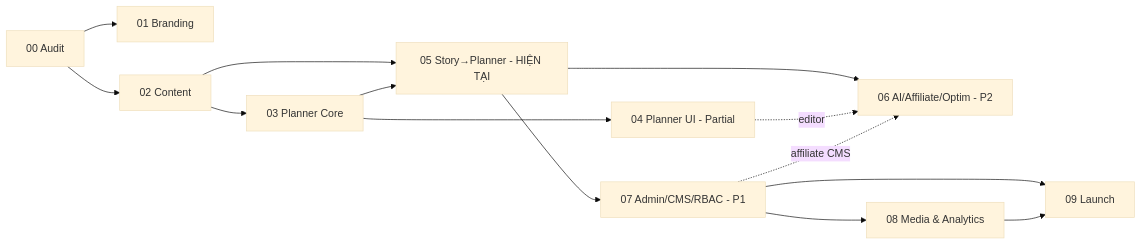
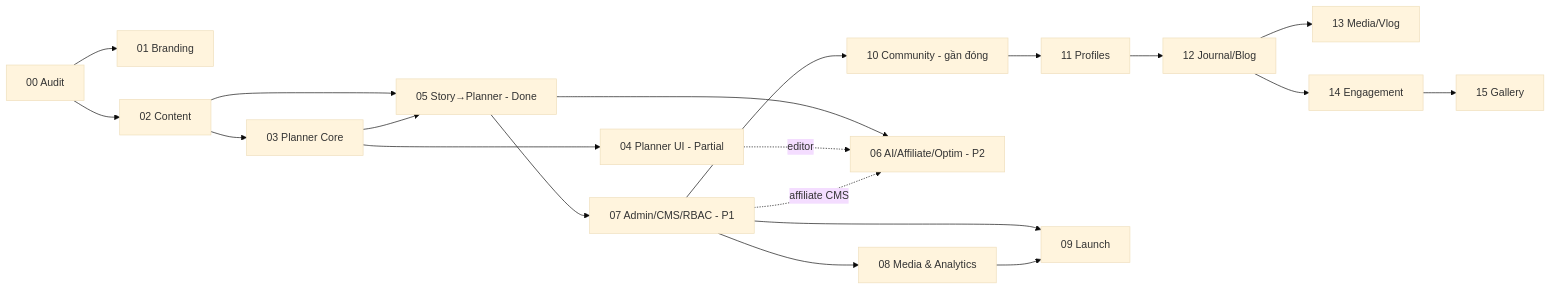
Before and after one commit to doanviethung1009/chuyennhahung_planner: the diagram in .claude/roadmap/PHASES.md, drawn with Mermaid (base theme). The commit also changed other lines of this file and 12 other files, not shown here.

First line of the commit message:
docs(roadmap): consolidate status sources, sync Phase 10 and 07

````diff
--- a/.claude/roadmap/PHASES.md
+++ b/.claude/roadmap/PHASES.md
@@ -52,16 +52,22 @@
 ```mermaid
 flowchart LR
   P00[00 Audit] --> P01[01 Branding]
   P00 --> P02[02 Content]
   P02 --> P03[03 Planner Core]
   P03 --> P04[04 Planner UI - Partial]
   P02 --> P05
-  P03 --> P05[05 Story→Planner - HIỆN TẠI]
+  P03 --> P05[05 Story→Planner - Done]
   P05 --> P07[07 Admin/CMS/RBAC - P1]
+  P07 --> P10[10 Community - gần đóng]
+  P10 --> P11[11 Profiles]
+  P11 --> P12[12 Journal/Blog]
+  P12 --> P13[13 Media/Vlog]
+  P12 --> P14[14 Engagement]
+  P14 --> P15[15 Gallery]
   P05 --> P06[06 AI/Affiliate/Optim - P2]
   P04 -. editor .-> P06
   P07 -. affiliate CMS .-> P06
   P07 --> P08[08 Media & Analytics]
   P07 --> P09[09 Launch]
   P08 --> P09
 ```
````
